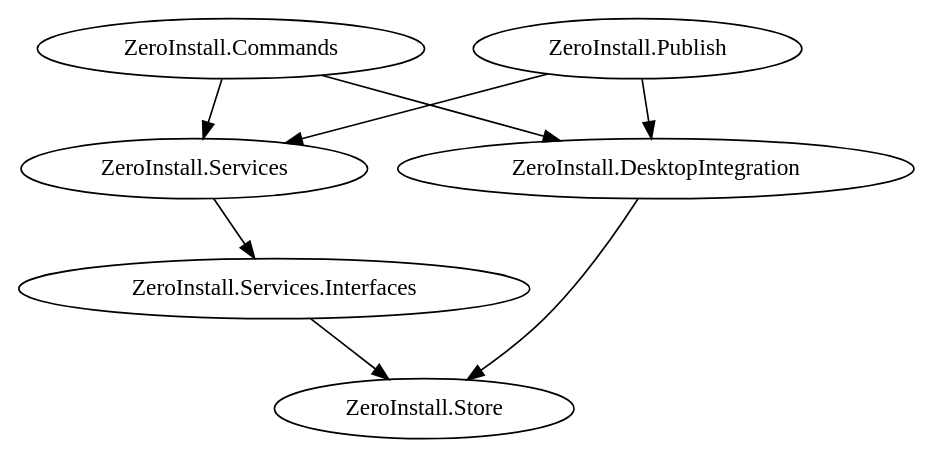
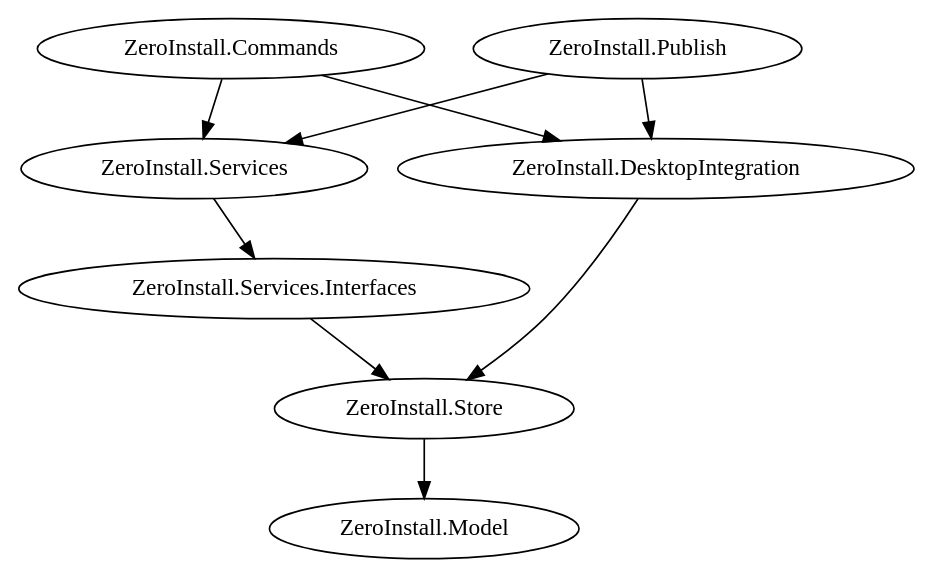
Before and after one commit to 0install/0install-dotnet: the diagram in doc/img/nuget-dependencies.dot, drawn with Graphviz. The commit also changed 582 other files, not shown here.

Commit message:
Split ZeroInstall.Model out from ZeroInstall.Store

```diff
--- a/doc/img/nuget-dependencies.dot
+++ b/doc/img/nuget-dependencies.dot
@@ -1,13 +1,15 @@
 digraph {
     commands [label="ZeroInstall.Commands"];
     publish [label="ZeroInstall.Publish"];
     services [label="ZeroInstall.Services"];
     services_interfaces [label="ZeroInstall.Services.Interfaces"];
     desktop_integration [label="ZeroInstall.DesktopIntegration"];
     store [label="ZeroInstall.Store"];
+    model [label="ZeroInstall.Model"];
 
     commands -> {services desktop_integration};
     publish -> {services desktop_integration};
     services -> services_interfaces -> store;
     desktop_integration -> store;
+    store -> model;
 }
```
